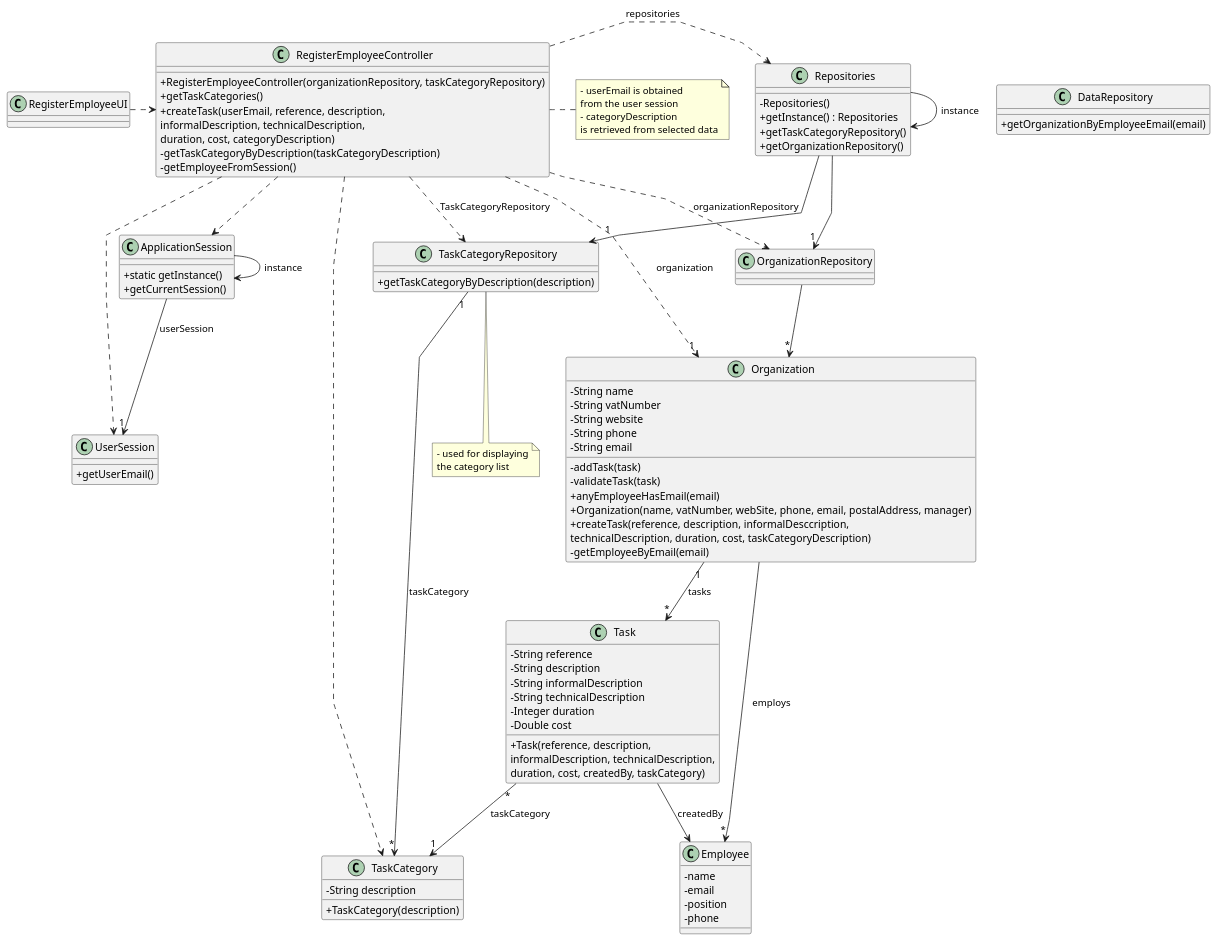
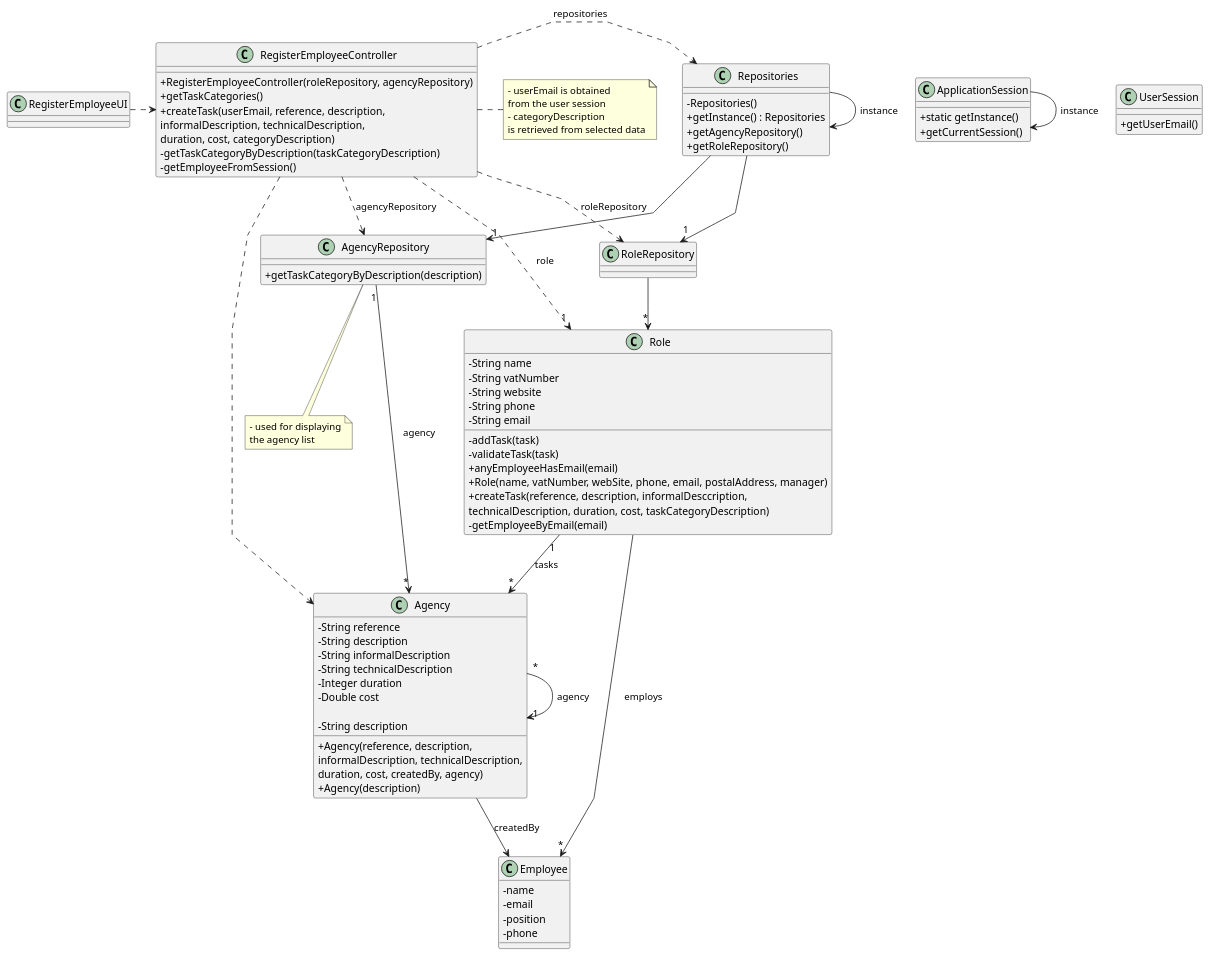
The diagram in docs/sprintB/us003/03.design/puml/us003-class-diagram.puml (rita-barbosa/LAPR2-2223), drawn with PlantUML before and after one commit.

Commit message:
Update Class Diagram [US3][Design]

```diff
--- a/docs/sprintB/us003/03.design/puml/us003-class-diagram.puml
+++ b/docs/sprintB/us003/03.design/puml/us003-class-diagram.puml
@@ -1,130 +1,124 @@
 @startuml
 'skinparam monochrome true
 skinparam packageStyle rectangle
 skinparam shadowing false
 skinparam linetype polyline
 'skinparam linetype orto
 
 skinparam classAttributeIconSize 0
 
 'left to right direction
 
 class ApplicationSession
 {
     + static getInstance()
     + getCurrentSession()
 }
 
 class UserSession
 {
     + getUserEmail()
 }
 
 class Employee {
     - name
     - email
     - position
     - phone
 }
 
-class Task {
+class Agency {
     - String reference
     - String description
     - String informalDescription
     - String technicalDescription
     - Integer duration
     - Double cost
 
-    + Task(reference, description,\ninformalDescription, technicalDescription,\nduration, cost, createdBy, taskCategory)
+    + Agency(reference, description,\ninformalDescription, technicalDescription,\nduration, cost, createdBy, agency)
 }
 
-class TaskCategory {
+class Agency {
     - String description
 
-    + TaskCategory(description)
+    + Agency(description)
 }
 
-class Organization {
+class Role {
     - String name
     - String vatNumber
     - String website
     - String phone
     - String email
 
     - addTask(task)
     - validateTask(task)
     + anyEmployeeHasEmail(email)
-    + Organization(name, vatNumber, webSite, phone, email, postalAddress, manager)
+    + Role(name, vatNumber, webSite, phone, email, postalAddress, manager)
     + createTask(reference, description, informalDesccription,\ntechnicalDescription, duration, cost, taskCategoryDescription)
     - getEmployeeByEmail(email)
 
 '  +saveTask(task)
 }
 
-class TaskCategoryRepository {
+class AgencyRepository {
     + getTaskCategoryByDescription(description)
 }
 
-class DataRepository {
-    + getOrganizationByEmployeeEmail(email)
-}
 
 class Repositories {
     - Repositories()
     + getInstance() : Repositories
-    + getTaskCategoryRepository()
-    + getOrganizationRepository()
+    + getAgencyRepository()
+    + getRoleRepository()
 }
 
 class RegisterEmployeeController {
-    + RegisterEmployeeController(organizationRepository, taskCategoryRepository)
+    + RegisterEmployeeController(roleRepository, agencyRepository)
     + getTaskCategories()
     + createTask(userEmail, reference, description,\ninformalDescription, technicalDescription,\nduration, cost, categoryDescription)
     - getTaskCategoryByDescription(taskCategoryDescription)
     - getEmployeeFromSession()
 }
 
 note right of RegisterEmployeeController
     - userEmail is obtained
     from the user session
     - categoryDescription
     is retrieved from selected data
 end note
 
-note bottom of TaskCategoryRepository
+note bottom of AgencyRepository
     - used for displaying
-    the category list
+    the agency list
 end note
 
 class RegisterEmployeeUI {
 }
 
 Repositories -> Repositories : instance
 ApplicationSession -> ApplicationSession : instance
 
 RegisterEmployeeUI .> RegisterEmployeeController
 
 RegisterEmployeeController .> Repositories : repositories
 
-Repositories -> "1" TaskCategoryRepository
+Repositories -> "1" AgencyRepository
 
-RegisterEmployeeController ..> TaskCategory
-RegisterEmployeeController ..> OrganizationRepository : organizationRepository
-RegisterEmployeeController ..> TaskCategoryRepository : TaskCategoryRepository
+RegisterEmployeeController ..> Agency
+RegisterEmployeeController ..> RoleRepository : roleRepository
+RegisterEmployeeController ..> AgencyRepository : agencyRepository
 
-Repositories --> "1" OrganizationRepository
+Repositories --> "1" RoleRepository
 
-OrganizationRepository --> "*" Organization
-ApplicationSession --> "1" UserSession : userSession
+RoleRepository --> "*" Role
 
-RegisterEmployeeController ..> "1" Organization : organization
-RegisterEmployeeController ..> ApplicationSession
-RegisterEmployeeController ..> UserSession
-Task "*" --> "1" TaskCategory : taskCategory
-TaskCategoryRepository "1" --> "*" TaskCategory : taskCategory
-Organization "1" --> "*" Task : tasks
-Task --> Employee : createdBy
+RegisterEmployeeController ..> "1" Role : role
+Agency "*" --> "1" Agency : agency
+AgencyRepository "1" --> "*" Agency : agency
+Role "1" --> "*" Agency : tasks
+Agency --> Employee : createdBy
 
-Organization --> "*" Employee : employs
+Role --> "*" Employee : employs
 
 @enduml
```
